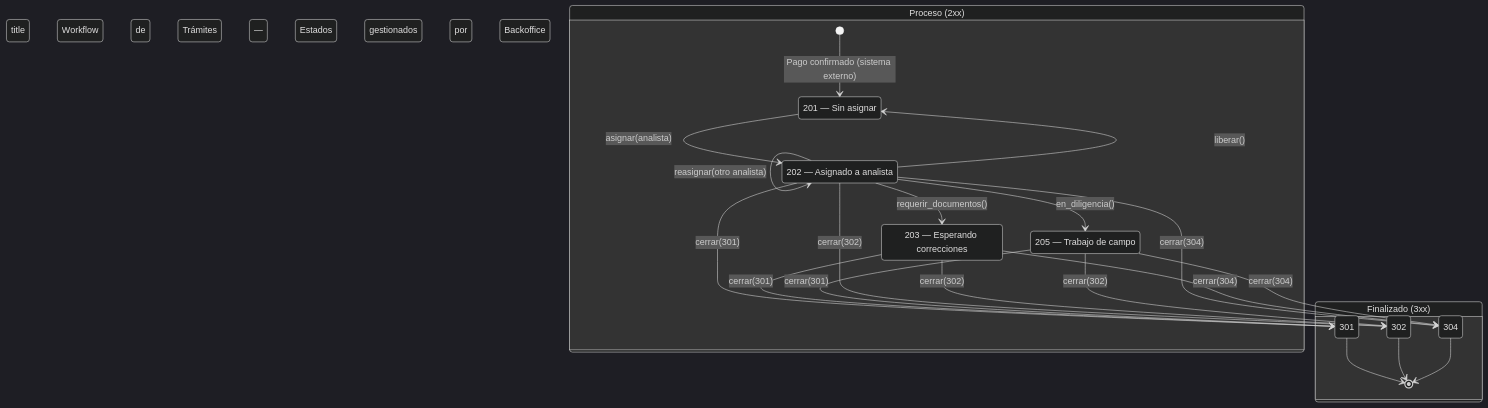
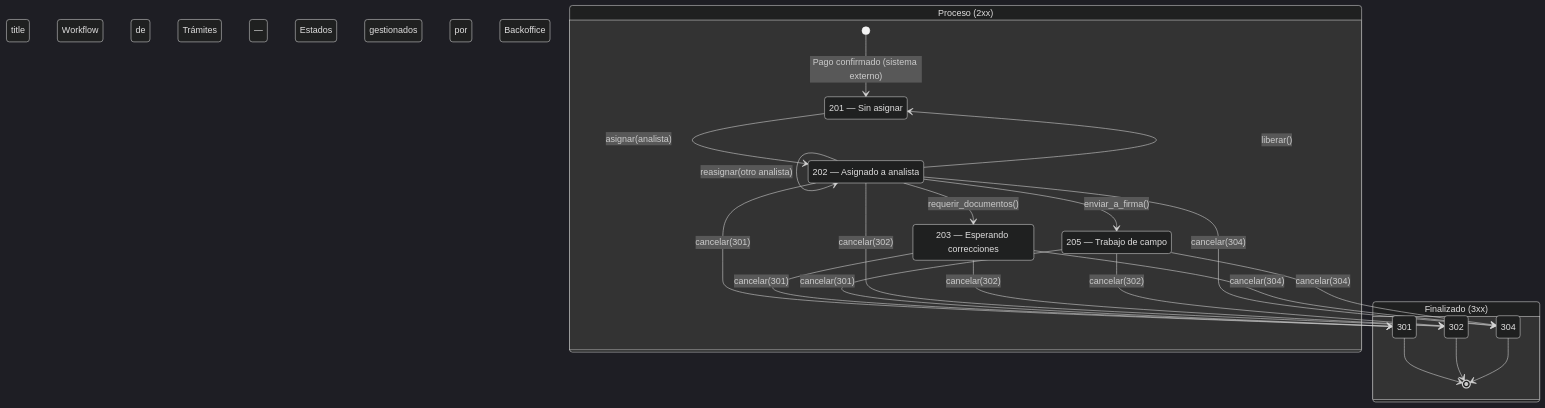
Before and after one commit to bogarin/back_office_sanfelo: the first of 2 diagrams in docs/05-DEVELOPERS/workflow.md, drawn with Mermaid (dark theme). The commit also changed other lines of this file and 23 other files, not shown here.

First line of the commit message:
refactor: renombrar acciones de workflow (enviar_a_firma, cancelar)

````diff
--- a/docs/05-DEVELOPERS/workflow.md
+++ b/docs/05-DEVELOPERS/workflow.md
@@ -89,38 +89,38 @@
 ```mermaid
 stateDiagram-v2
     title Workflow de Trámites — Estados gestionados por Backoffice
 
     state "Proceso (2xx)" as proceso {
         [*] --> PRESENTADO : Pago confirmado (sistema externo)
         PRESENTADO : 201 — Sin asignar
         EN_REVISION : 202 — Asignado a analista
         REQUERIMIENTO : 203 — Esperando correcciones
         EN_DILIGENCIA : 205 — Trabajo de campo
 
         PRESENTADO --> EN_REVISION : asignar(analista)
         EN_REVISION --> EN_REVISION : reasignar(otro analista)
         EN_REVISION --> PRESENTADO : liberar()
         EN_REVISION --> REQUERIMIENTO : requerir_documentos()
-        EN_REVISION --> EN_DILIGENCIA : en_diligencia()
+        EN_REVISION --> EN_DILIGENCIA : enviar_a_firma()
     }
 
     state "Finalizado (3xx)" as finalizado {
         POR_RECOGER : 301
         RECHAZADO : 302
         CANCELADO : 304
 
         POR_RECOGER --> [*]
         RECHAZADO --> [*]
         CANCELADO --> [*]
     }
 
-    EN_REVISION --> POR_RECOGER : cerrar(301)
-    EN_REVISION --> RECHAZADO : cerrar(302)
-    EN_REVISION --> CANCELADO : cerrar(304)
-    REQUERIMIENTO --> POR_RECOGER : cerrar(301)
-    REQUERIMIENTO --> RECHAZADO : cerrar(302)
-    REQUERIMIENTO --> CANCELADO : cerrar(304)
-    EN_DILIGENCIA --> POR_RECOGER : cerrar(301)
-    EN_DILIGENCIA --> RECHAZADO : cerrar(302)
-    EN_DILIGENCIA --> CANCELADO : cerrar(304)
+    EN_REVISION --> POR_RECOGER : cancelar(301)
+    EN_REVISION --> RECHAZADO : cancelar(302)
+    EN_REVISION --> CANCELADO : cancelar(304)
+    REQUERIMIENTO --> POR_RECOGER : cancelar(301)
+    REQUERIMIENTO --> RECHAZADO : cancelar(302)
+    REQUERIMIENTO --> CANCELADO : cancelar(304)
+    EN_DILIGENCIA --> POR_RECOGER : cancelar(301)
+    EN_DILIGENCIA --> RECHAZADO : cancelar(302)
+    EN_DILIGENCIA --> CANCELADO : cancelar(304)
 ```
````
